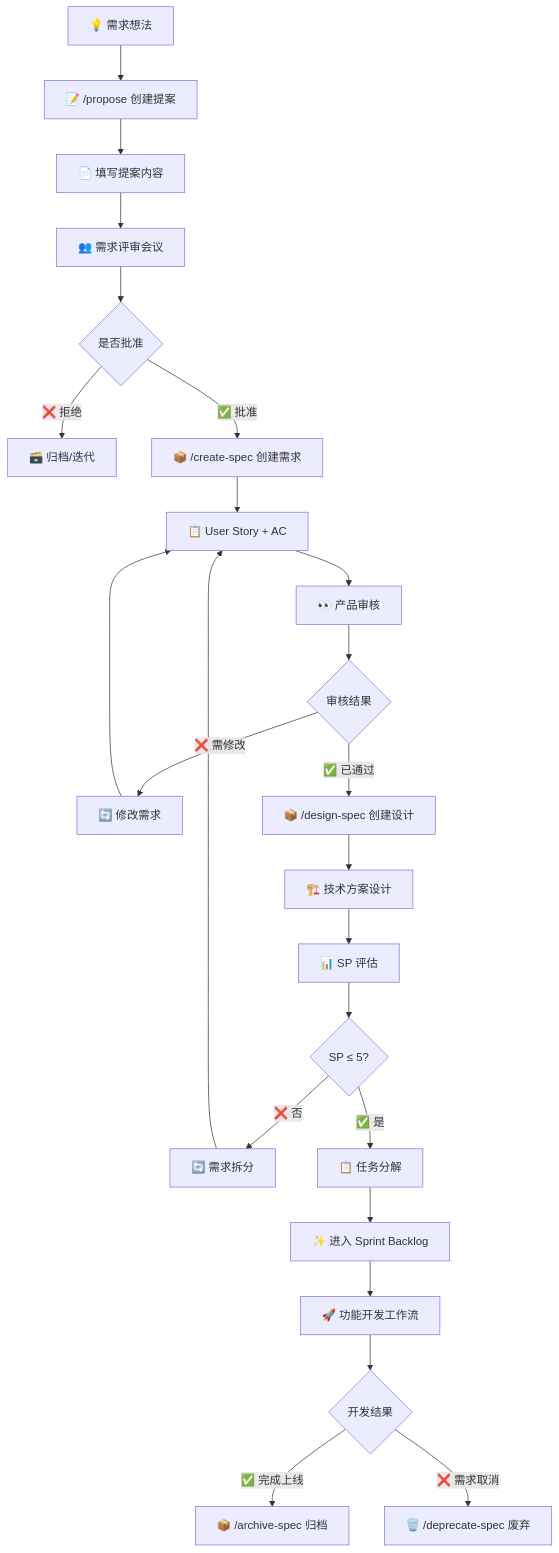
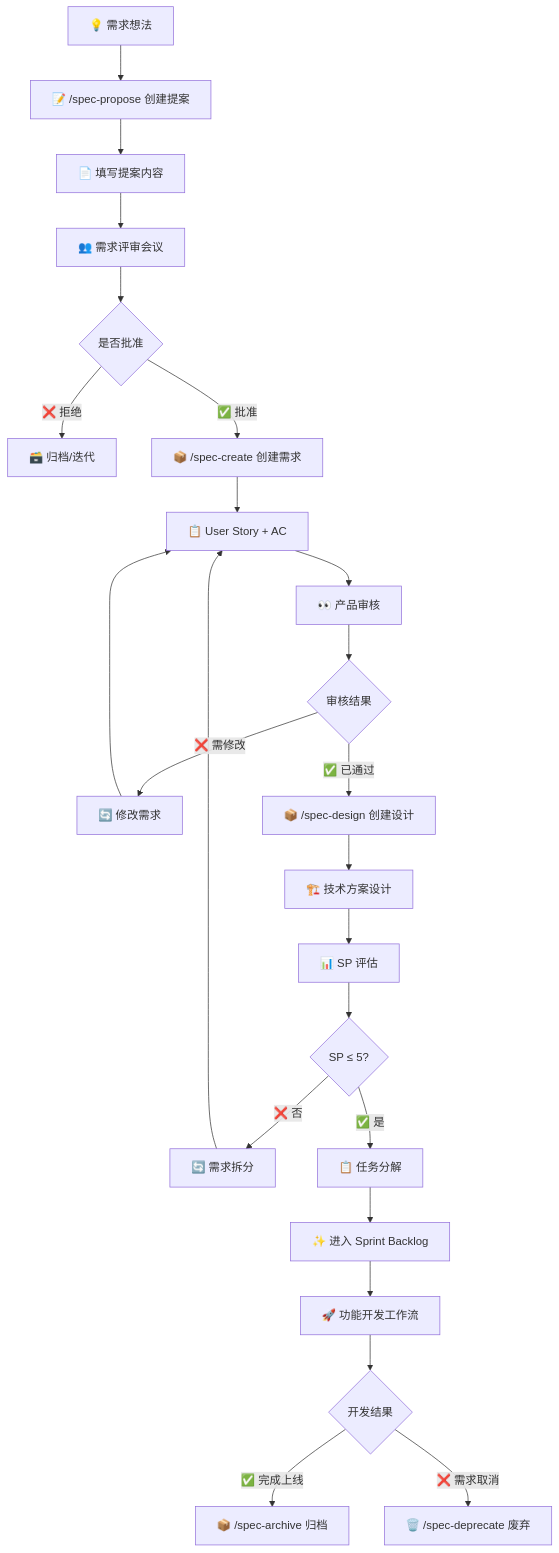
Before and after one commit to hitosea/ttpos-server-go: the diagram in docs/agent/workflows/requirement/management.md, drawn with Mermaid. The commit also changed other lines of this file and 48 other files, not shown here.

````diff
--- a/docs/agent/workflows/requirement/management.md
+++ b/docs/agent/workflows/requirement/management.md
@@ -38,26 +38,26 @@
 ```mermaid
 graph TD
-    A[💡 需求想法] --> B[📝 /propose 创建提案]
+    A[💡 需求想法] --> B[📝 /spec-propose 创建提案]
     B --> C[📄 填写提案内容]
     C --> D[👥 需求评审会议]
     D --> E{是否批准}
     E -->|❌ 拒绝| F[🗃️ 归档/迭代]
-    E -->|✅ 批准| G[📦 /create-spec 创建需求]
+    E -->|✅ 批准| G[📦 /spec-create 创建需求]
     G --> H[📋 User Story + AC]
     H --> I[👀 产品审核]
     I --> J{审核结果}
     J -->|❌ 需修改| K[🔄 修改需求]
     K --> H
-    J -->|✅ 已通过| L[📦 /design-spec 创建设计]
+    J -->|✅ 已通过| L[📦 /spec-design 创建设计]
     L --> M[🏗️ 技术方案设计]
     M --> N[📊 SP 评估]
     N --> O{SP ≤ 5?}
     O -->|❌ 否| P[🔄 需求拆分]
     P --> H
     O -->|✅ 是| Q[📋 任务分解]
     Q --> R[✨ 进入 Sprint Backlog]
     R --> S[🚀 功能开发工作流]
     S --> T{开发结果}
-    T -->|✅ 完成上线| U[📦 /archive-spec 归档]
-    T -->|❌ 需求取消| V[🗑️ /deprecate-spec 废弃]
+    T -->|✅ 完成上线| U[📦 /spec-archive 归档]
+    T -->|❌ 需求取消| V[🗑️ /spec-deprecate 废弃]
 ```
````
